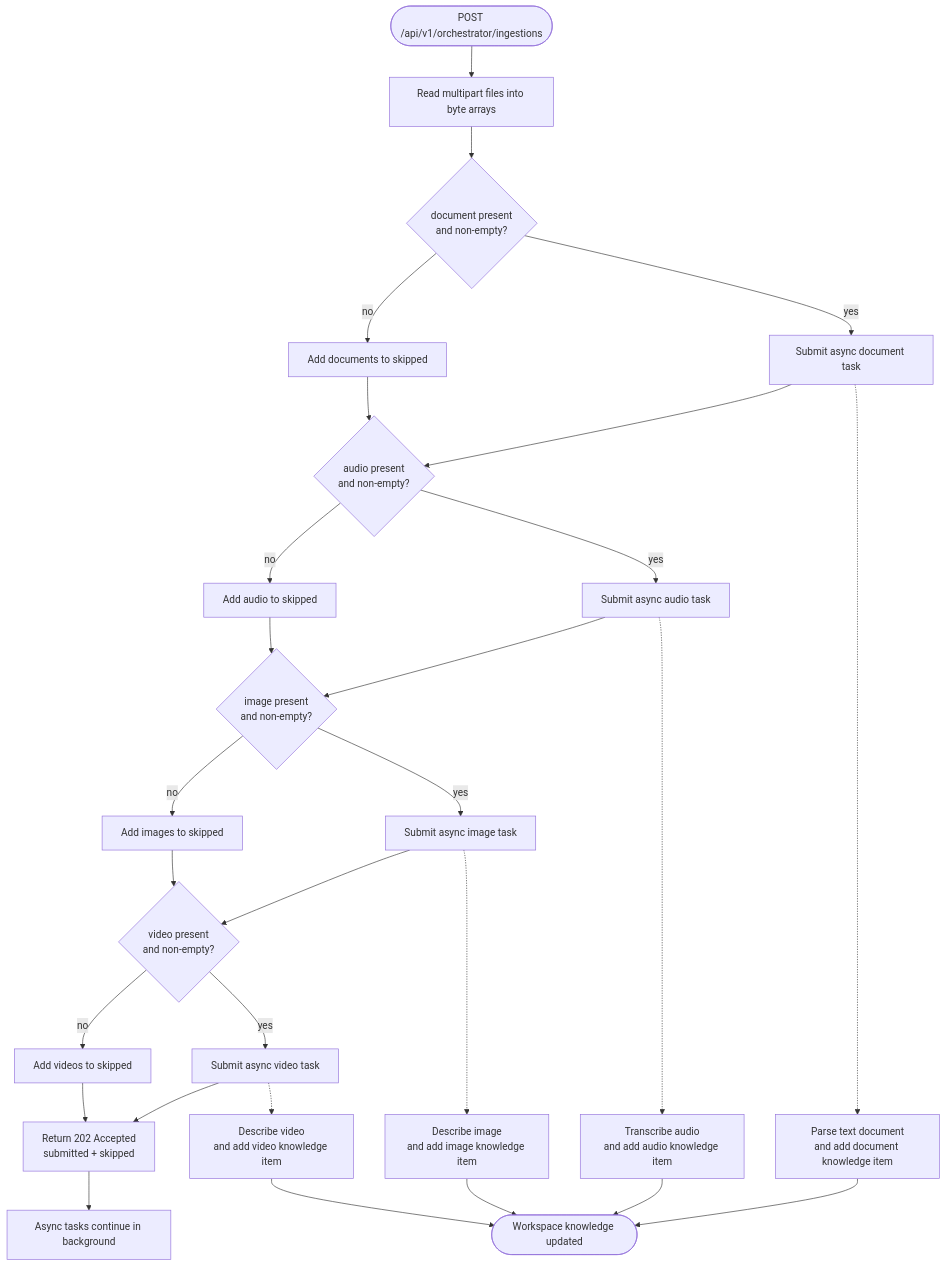
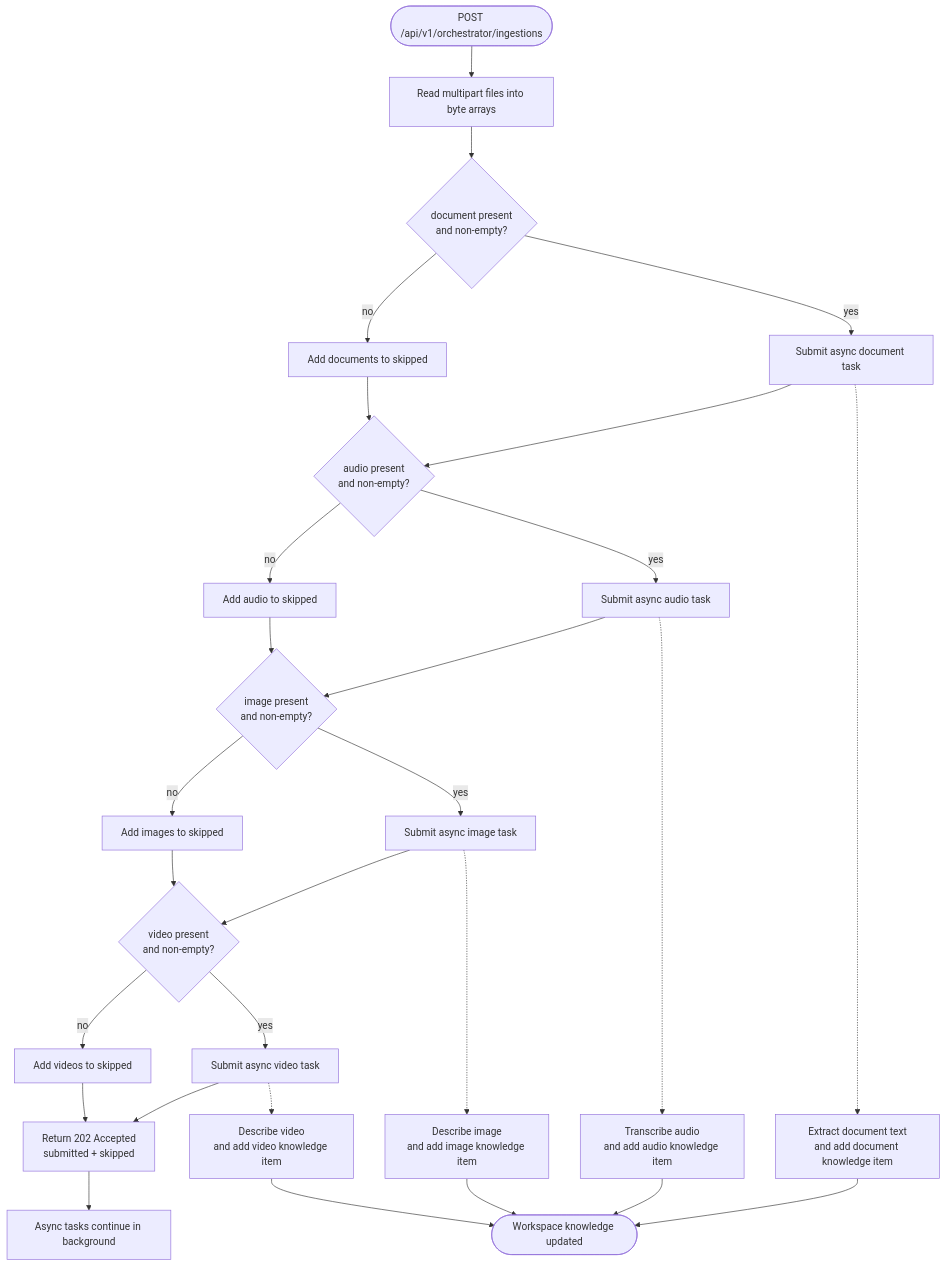
Before and after one commit to AndriyBanul/ai-workspace: the sixth of 7 diagrams in docs/architecture-diagrams.md, drawn with Mermaid. The commit also changed other lines of this file and 9 other files, not shown here.

Commit message:
Add Tika document text extraction

````diff
--- a/docs/architecture-diagrams.md
+++ b/docs/architecture-diagrams.md
@@ -244,60 +244,60 @@
 ```mermaid
 flowchart TD
     start([POST /api/v1/orchestrator/ingestions])
     readFiles["Read multipart files into byte arrays"]
     documentPresent{"document present\nand non-empty?"}
     audioPresent{"audio present\nand non-empty?"}
     imagePresent{"image present\nand non-empty?"}
     videoPresent{"video present\nand non-empty?"}
 
     skipDocument["Add documents to skipped"]
     skipAudio["Add audio to skipped"]
     skipImage["Add images to skipped"]
     skipVideo["Add videos to skipped"]
 
     submitDocument["Submit async document task"]
     submitAudio["Submit async audio task"]
     submitImage["Submit async image task"]
     submitVideo["Submit async video task"]
 
-    documentFlow["Parse text document\nand add document knowledge item"]
+    documentFlow["Extract document text\nand add document knowledge item"]
     audioFlow["Transcribe audio\nand add audio knowledge item"]
     imageFlow["Describe image\nand add image knowledge item"]
     videoFlow["Describe video\nand add video knowledge item"]
 
     response["Return 202 Accepted\nsubmitted + skipped"]
     background["Async tasks continue in background"]
     done([Workspace knowledge updated])
 
     start --> readFiles
     readFiles --> documentPresent
     documentPresent -- yes --> submitDocument
     documentPresent -- no --> skipDocument
     submitDocument --> audioPresent
     submitDocument -.-> documentFlow
     skipDocument --> audioPresent
 
     audioPresent -- yes --> submitAudio
     audioPresent -- no --> skipAudio
     submitAudio --> imagePresent
     submitAudio -.-> audioFlow
     skipAudio --> imagePresent
 
     imagePresent -- yes --> submitImage
     imagePresent -- no --> skipImage
     submitImage --> videoPresent
     submitImage -.-> imageFlow
     skipImage --> videoPresent
 
     videoPresent -- yes --> submitVideo
     videoPresent -- no --> skipVideo
     submitVideo --> response
     submitVideo -.-> videoFlow
     skipVideo --> response
 
     response --> background
     documentFlow --> done
     audioFlow --> done
     imageFlow --> done
     videoFlow --> done
 ```
````
